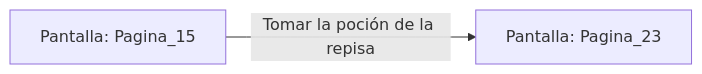
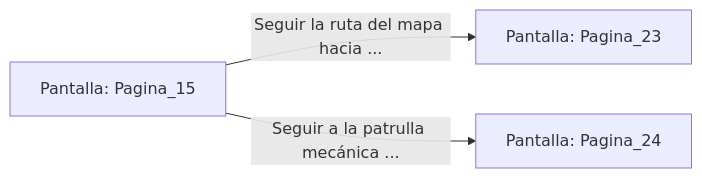
One commit to metsuke/mpl changed the diagram in sample/eligejuego-vault/Pantalla_Pagina_15.md. Above: the diagram before and after it, drawn with Mermaid. The commit also changed other lines of this file and 635 other files, not shown here.

First line of the commit message:
fix: añadir Pagina_1 como pantalla inicial en capitulo_01.mpl

````diff
--- a/sample/eligejuego-vault/Pantalla_Pagina_15.md
+++ b/sample/eligejuego-vault/Pantalla_Pagina_15.md
@@ -14,5 +22,6 @@
 ```mermaid
 graph LR
     P_Pagina_15["Pantalla: Pagina_15"]
-    P_Pagina_15 -->|"Tomar la poción de la repisa"| P_Pagina_23["Pantalla: Pagina_23"]
+    P_Pagina_15 -->|"Seguir la ruta del mapa hacia ..."| P_Pagina_23["Pantalla: Pagina_23"]
+    P_Pagina_15 -->|"Seguir a la patrulla mecánica ..."| P_Pagina_24["Pantalla: Pagina_24"]
 ```
````
